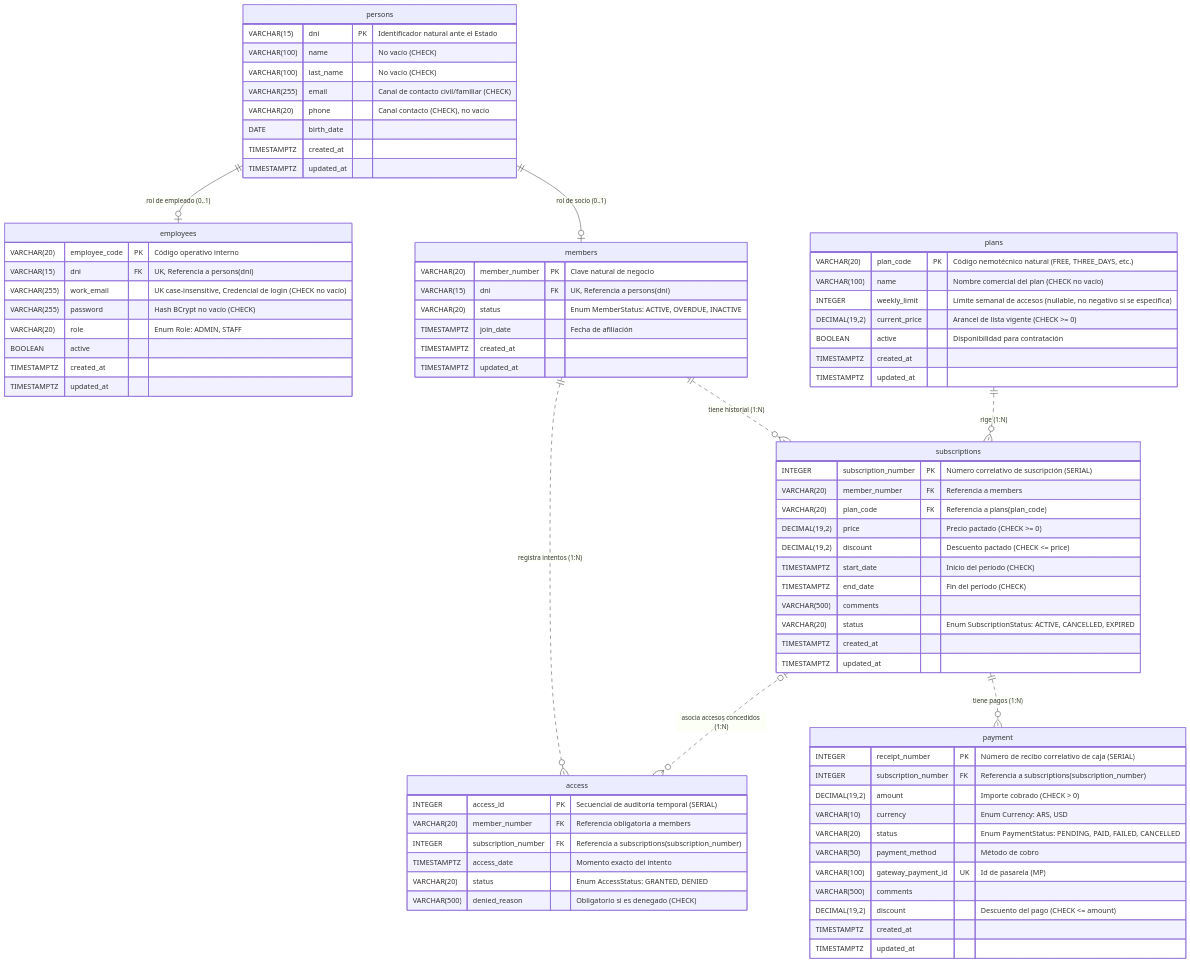
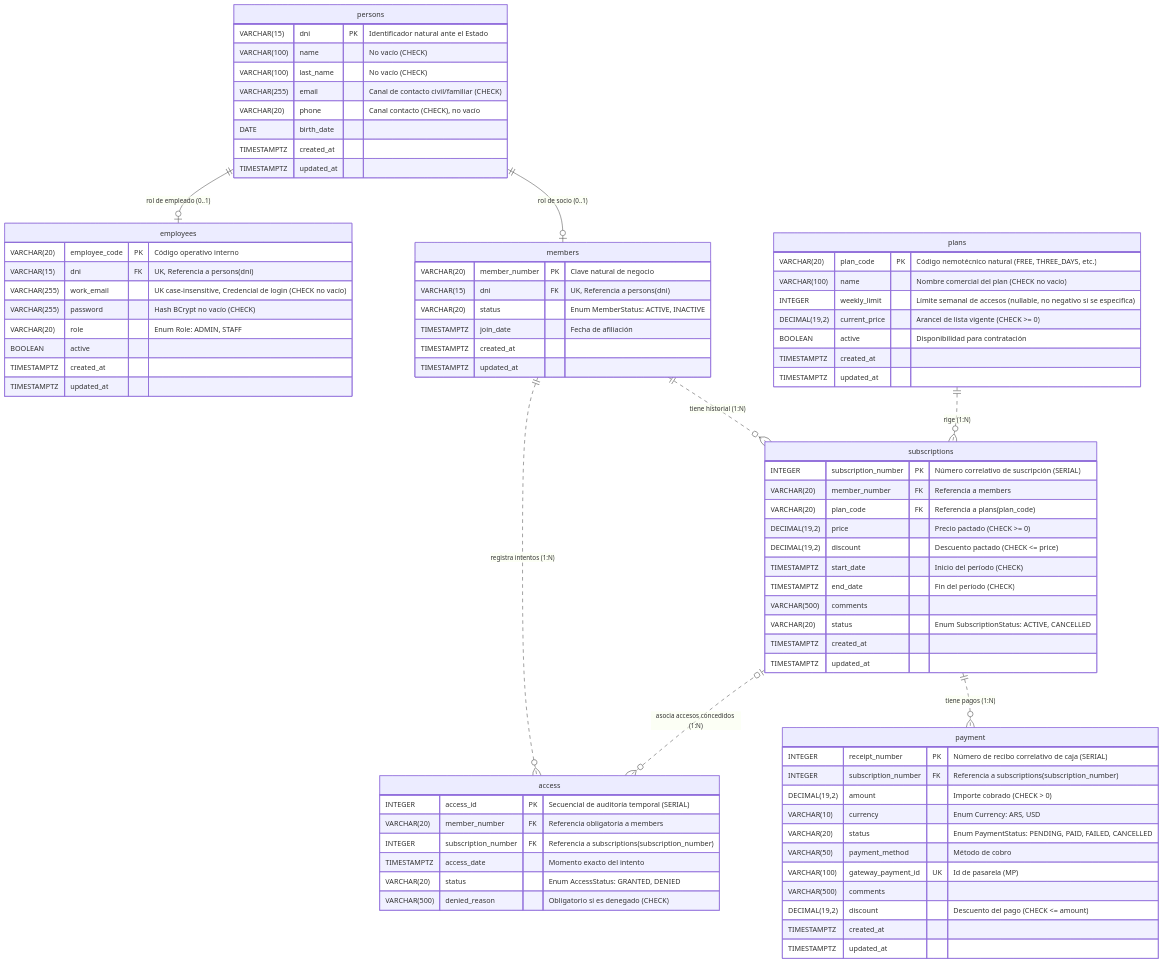
The second of 2 diagrams in docs/entidades.md (santiagovOK/TFI_grupo144), drawn with Mermaid before and after one commit. The commit also changed other lines of this file and 3 other files, not shown here.

````diff
--- a/docs/entidades.md
+++ b/docs/entidades.md
@@ -96,81 +94,81 @@
 ```mermaid
 erDiagram
     persons {
         VARCHAR(15) dni PK "Identificador natural ante el Estado"
         VARCHAR(100) name "No vacío (CHECK)"
         VARCHAR(100) last_name "No vacío (CHECK)"
         VARCHAR(255) email "Canal de contacto civil/familiar (CHECK)"
         VARCHAR(20) phone "Canal contacto (CHECK), no vacío"
         DATE birth_date
         TIMESTAMPTZ created_at
         TIMESTAMPTZ updated_at
     }
     members {
         VARCHAR(20) member_number PK "Clave natural de negocio"
         VARCHAR(15) dni FK "UK, Referencia a persons(dni)"
-        VARCHAR(20) status "Enum MemberStatus: ACTIVE, OVERDUE, INACTIVE"
+        VARCHAR(20) status "Enum MemberStatus: ACTIVE, INACTIVE"
         TIMESTAMPTZ join_date "Fecha de afiliación"
         TIMESTAMPTZ created_at
         TIMESTAMPTZ updated_at
     }
     employees {
         VARCHAR(20) employee_code PK "Código operativo interno"
         VARCHAR(15) dni FK "UK, Referencia a persons(dni)"
         VARCHAR(255) work_email "UK case-insensitive, Credencial de login (CHECK no vacío)"
         VARCHAR(255) password "Hash BCrypt no vacío (CHECK)"
         VARCHAR(20) role "Enum Role: ADMIN, STAFF"
         BOOLEAN active
         TIMESTAMPTZ created_at
         TIMESTAMPTZ updated_at
     }
     plans {
         VARCHAR(20) plan_code PK "Código nemotécnico natural (FREE, THREE_DAYS, etc.)"
         VARCHAR(100) name "Nombre comercial del plan (CHECK no vacío)"
         INTEGER weekly_limit "Límite semanal de accesos (nullable, no negativo si se especifica)"
         DECIMAL(19,2) current_price "Arancel de lista vigente (CHECK >= 0)"
         BOOLEAN active "Disponibilidad para contratación"
         TIMESTAMPTZ created_at
         TIMESTAMPTZ updated_at
     }
     subscriptions {
         INTEGER subscription_number PK "Número correlativo de suscripción (SERIAL)"
         VARCHAR(20) member_number FK "Referencia a members"
         VARCHAR(20) plan_code FK "Referencia a plans(plan_code)"
         DECIMAL(19,2) price "Precio pactado (CHECK >= 0)"
         DECIMAL(19,2) discount "Descuento pactado (CHECK <= price)"
         TIMESTAMPTZ start_date "Inicio del período (CHECK)"
         TIMESTAMPTZ end_date "Fin del período (CHECK)"
         VARCHAR(500) comments
-        VARCHAR(20) status "Enum SubscriptionStatus: ACTIVE, CANCELLED, EXPIRED"
+        VARCHAR(20) status "Enum SubscriptionStatus: ACTIVE, CANCELLED"
         TIMESTAMPTZ created_at
         TIMESTAMPTZ updated_at
     }
     payment {
         INTEGER receipt_number PK "Número de recibo correlativo de caja (SERIAL)"
         INTEGER subscription_number FK "Referencia a subscriptions(subscription_number)"
         DECIMAL(19,2) amount "Importe cobrado (CHECK > 0)"
         VARCHAR(10) currency "Enum Currency: ARS, USD"
         VARCHAR(20) status "Enum PaymentStatus: PENDING, PAID, FAILED, CANCELLED"
         VARCHAR(50) payment_method "Método de cobro"
         VARCHAR(100) gateway_payment_id UK "Id de pasarela (MP)"
         VARCHAR(500) comments
         DECIMAL(19,2) discount "Descuento del pago (CHECK <= amount)"
         TIMESTAMPTZ created_at
         TIMESTAMPTZ updated_at
     }
     access {
         INTEGER access_id PK "Secuencial de auditoría temporal (SERIAL)"
         VARCHAR(20) member_number FK "Referencia obligatoria a members"
         INTEGER subscription_number FK "Referencia a subscriptions(subscription_number)"
         TIMESTAMPTZ access_date "Momento exacto del intento"
         VARCHAR(20) status "Enum AccessStatus: GRANTED, DENIED"
         VARCHAR(500) denied_reason "Obligatorio si es denegado (CHECK)"
     }
     persons ||--|o members : "rol de socio (0..1)"
     persons ||--|o employees : "rol de empleado (0..1)"
     plans ||..o{ subscriptions : "rige (1:N)"
     members ||..o{ subscriptions : "tiene historial (1:N)"
     members ||..o{ access : "registra intentos (1:N)"
     subscriptions ||..o{ payment : "tiene pagos (1:N)"
     subscriptions |o..o{ access : "asocia accesos concedidos (1:N)"
 ```
````
